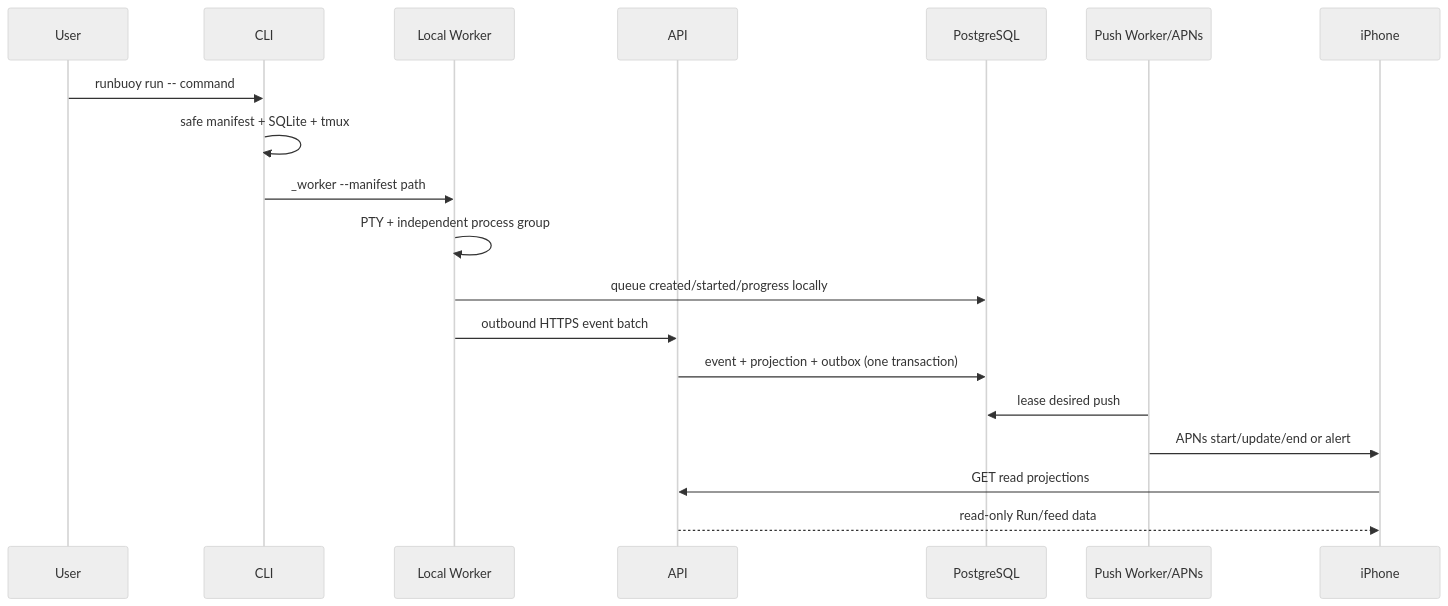
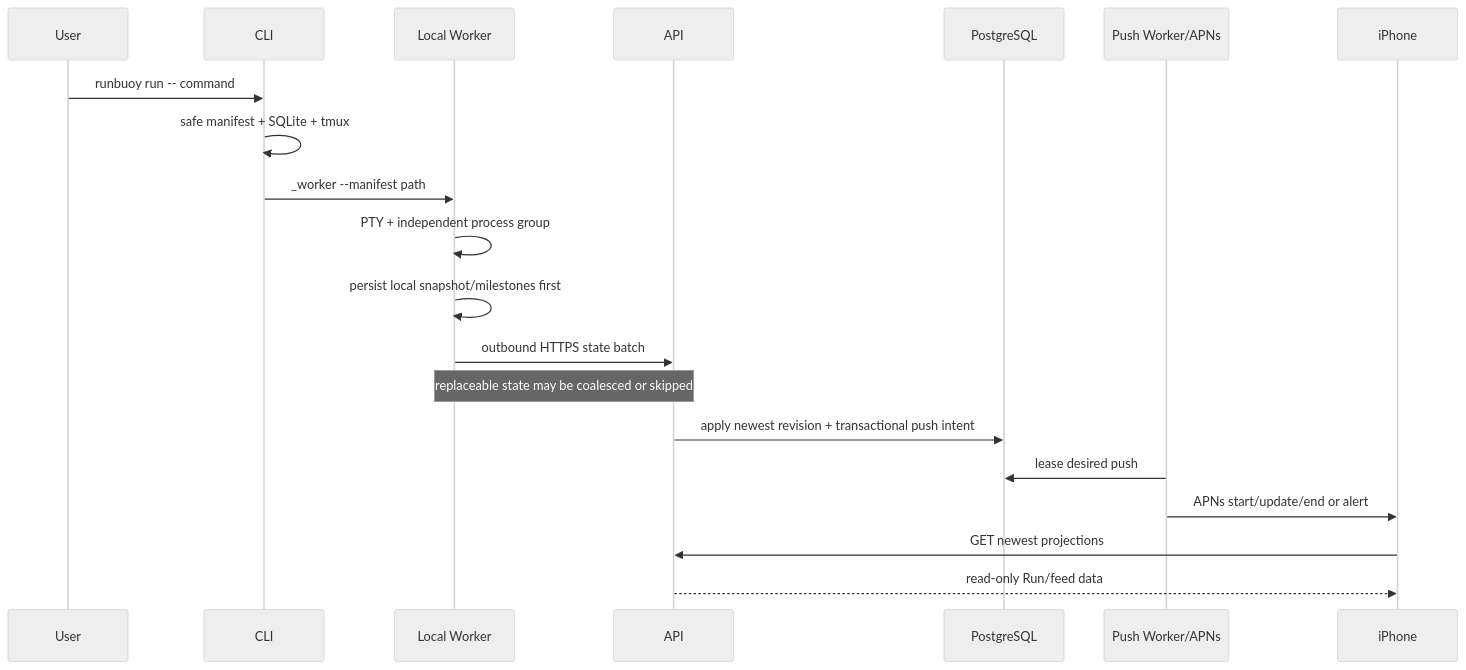
One commit to TANG617/RunBuoy changed the second of 2 diagrams in docs/architecture.md. Above: the diagram before and after it, drawn with Mermaid (neutral theme). The commit also changed other lines of this file, not shown here.

Commit message:
docs: align architecture with latest-state convergence

````diff
--- a/docs/architecture.md
+++ b/docs/architecture.md
@@ -35,21 +35,22 @@
 ```mermaid
 sequenceDiagram
   participant U as User
   participant C as CLI
   participant W as Local Worker
   participant A as API
   participant D as PostgreSQL
   participant P as Push Worker/APNs
   participant I as iPhone
   U->>C: runbuoy run -- command
   C->>C: safe manifest + SQLite + tmux
   C->>W: _worker --manifest path
   W->>W: PTY + independent process group
-  W->>D: queue created/started/progress locally
-  W->>A: outbound HTTPS event batch
-  A->>D: event + projection + outbox (one transaction)
+  W->>W: persist local snapshot/milestones first
+  W->>A: outbound HTTPS state batch
+  Note over W,A: replaceable state may be coalesced or skipped
+  A->>D: apply newest revision + transactional push intent
   P->>D: lease desired push
   P->>I: APNs start/update/end or alert
-  I->>A: GET read projections
+  I->>A: GET newest projections
   A-->>I: read-only Run/feed data
 ```
````
